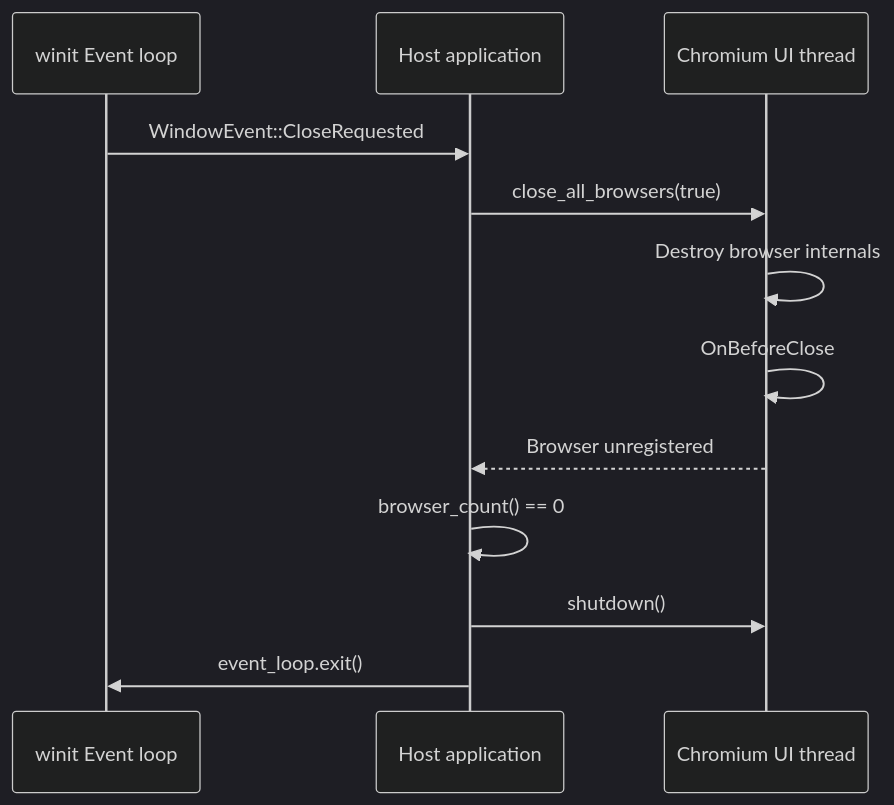
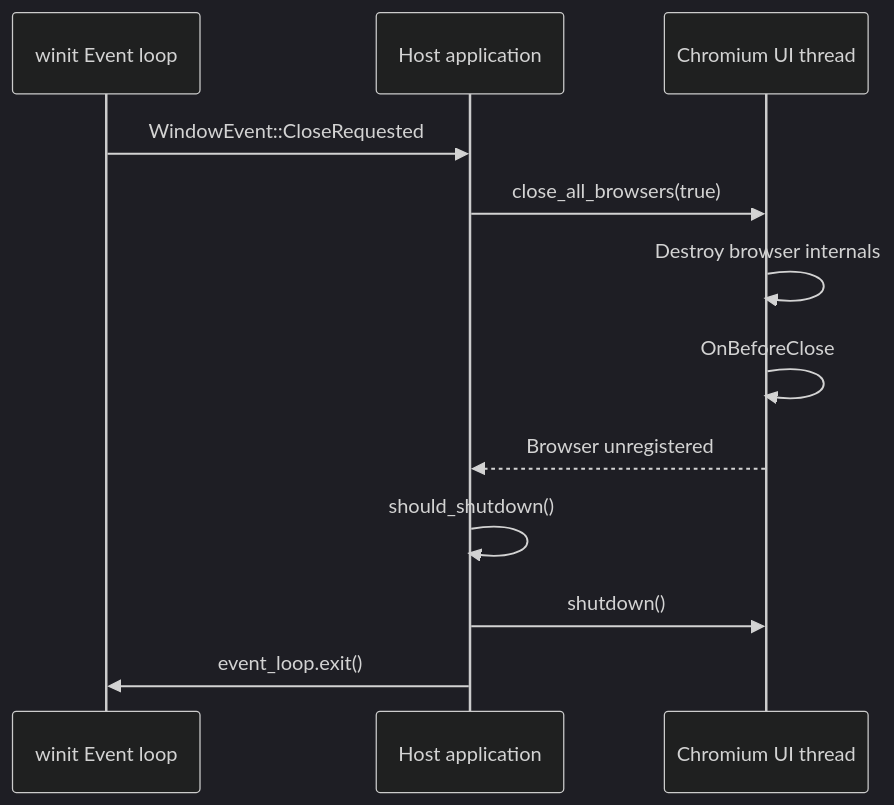
The first of 3 diagrams in docs/winit.md (0x48piraj/kurogane), drawn with Mermaid (dark theme) before and after one commit. The commit also changed other lines of this file and 4 other files, not shown here.

````diff
--- a/docs/winit.md
+++ b/docs/winit.md
@@ -213,18 +220,18 @@
 ```mermaid
 sequenceDiagram
     participant W as winit Event loop
     participant H as Host application
     participant C as Chromium UI thread
 
     W->>H: WindowEvent::CloseRequested
     H->>C: close_all_browsers(true)
 
     C->>C: Destroy browser internals
     C->>C: OnBeforeClose
 
     C-->>H: Browser unregistered
-    H->>H: browser_count() == 0
+    H->>H: should_shutdown()
 
     H->>C: shutdown()
     H->>W: event_loop.exit()
 ```
````
